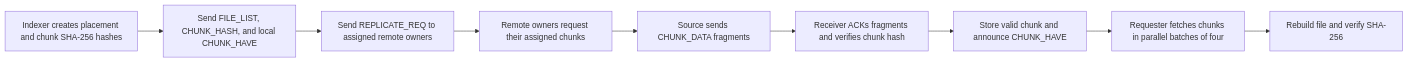
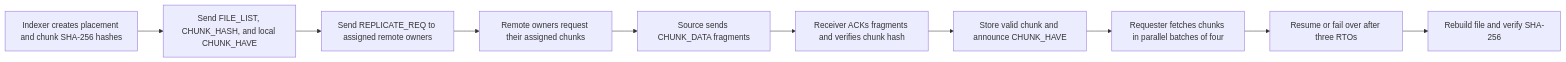
Before and after one commit to usman-irshad1/p2p: the third of 3 diagrams in Readme.md, drawn with Mermaid. The commit also changed other lines of this file and 1 other file, not shown here.

````diff
--- a/Readme.md
+++ b/Readme.md
@@ -131,11 +141,12 @@
 ```mermaid
 flowchart LR
     A[Indexer creates placement and chunk SHA-256 hashes] --> B[Send FILE_LIST, CHUNK_HASH, and local CHUNK_HAVE]
     B --> C[Send REPLICATE_REQ to assigned remote owners]
     C --> D[Remote owners request their assigned chunks]
     D --> E[Source sends CHUNK_DATA fragments]
     E --> F[Receiver ACKs fragments and verifies chunk hash]
     F --> F2[Store valid chunk and announce CHUNK_HAVE]
     F2 --> G[Requester fetches chunks in parallel batches of four]
-    G --> H[Rebuild file and verify SHA-256]
+    G --> H[Resume or fail over after three RTOs]
+    H --> I[Rebuild file and verify SHA-256]
 ```
````
